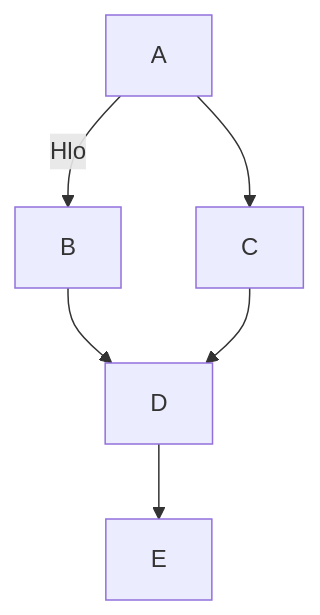
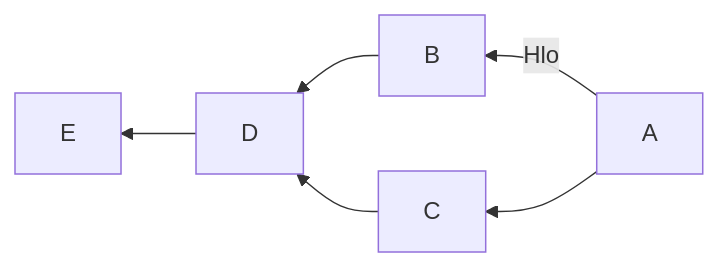
Before and after one commit to singhanmolpreet/mermaid: the first of 2 diagrams in README.md, drawn with Mermaid.

````diff
--- a/README.md
+++ b/README.md
@@ -3,8 +3,8 @@
 ``` mermaid
-flowchart TD
+flowchart RL
     A-- Hlo -->B
     A-->C
     B-->D
     C-->D
     D-->E 
 ```
````
